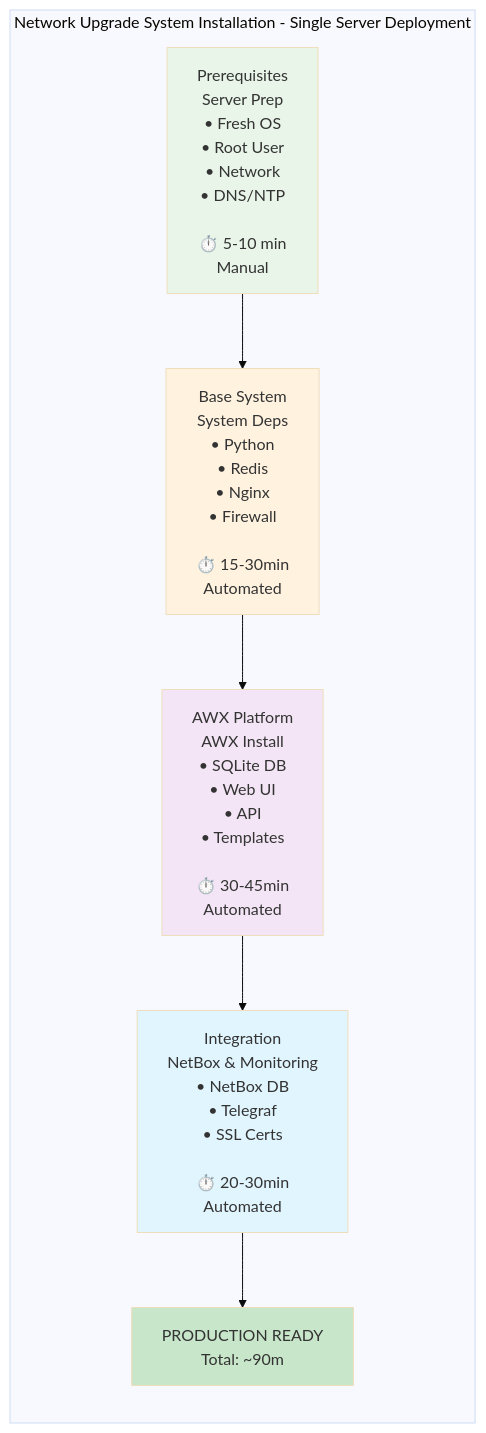
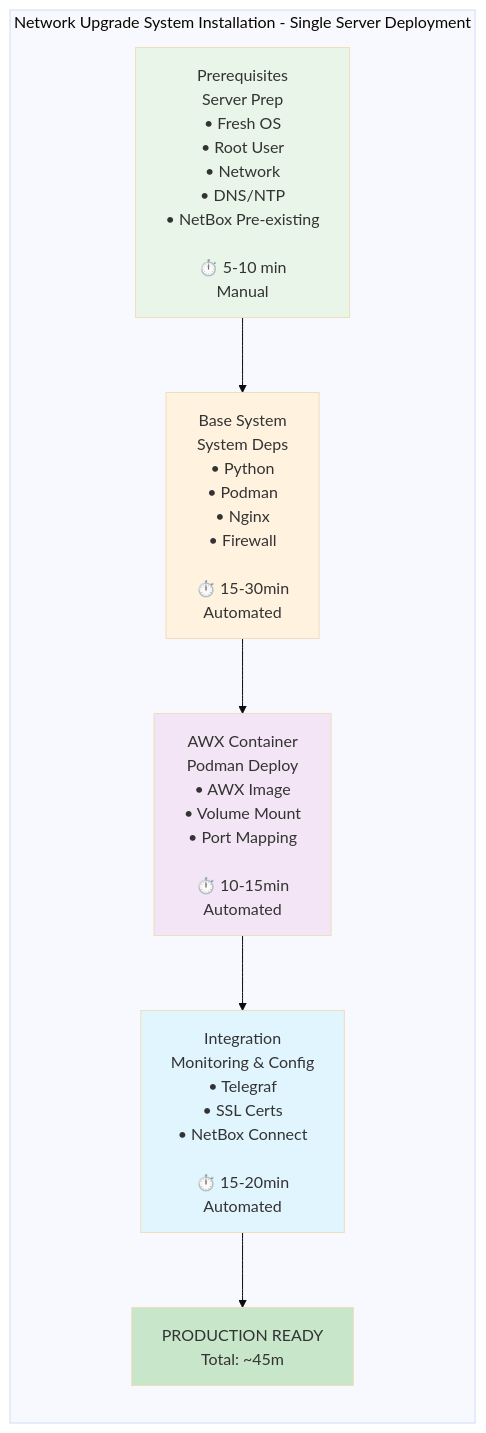
The diagram in docs/installation-guide.md (garryshtern/network-device-upgrade-system), drawn with Mermaid (base theme) before and after one commit. The commit also changed other lines of this file and 15 other files, not shown here.

````diff
--- a/docs/installation-guide.md
+++ b/docs/installation-guide.md
@@ -41,18 +41,18 @@
 ```mermaid
 graph LR
     subgraph "Network Upgrade System Installation - Single Server Deployment"
-        A[Prerequisites<br/>Server Prep<br/>• Fresh OS<br/>• Root User<br/>• Network<br/>• DNS/NTP<br/><br/>⏱️ 5-10 min<br/>Manual] --> B[Base System<br/>System Deps<br/>• Python<br/>• Redis<br/>• Nginx<br/>• Firewall<br/><br/>⏱️ 15-30min<br/>Automated]
+        A[Prerequisites<br/>Server Prep<br/>• Fresh OS<br/>• Root User<br/>• Network<br/>• DNS/NTP<br/>• NetBox Pre-existing<br/><br/>⏱️ 5-10 min<br/>Manual] --> B[Base System<br/>System Deps<br/>• Python<br/>• Podman<br/>• Nginx<br/>• Firewall<br/><br/>⏱️ 15-30min<br/>Automated]
         
-        B --> C[AWX Platform<br/>AWX Install<br/>• SQLite DB<br/>• Web UI<br/>• API<br/>• Templates<br/><br/>⏱️ 30-45min<br/>Automated]
+        B --> C[AWX Container<br/>Podman Deploy<br/>• AWX Image<br/>• Volume Mount<br/>• Port Mapping<br/><br/>⏱️ 10-15min<br/>Automated]
         
-        C --> D[Integration<br/>NetBox & Monitoring<br/>• NetBox DB<br/>• Telegraf<br/>• SSL Certs<br/><br/>⏱️ 20-30min<br/>Automated]
+        C --> D[Integration<br/>Monitoring & Config<br/>• Telegraf<br/>• SSL Certs<br/>• NetBox Connect<br/><br/>⏱️ 15-20min<br/>Automated]
         
-        D --> E[PRODUCTION READY<br/>Total: ~90m]
+        D --> E[PRODUCTION READY<br/>Total: ~45m]
     end
     
     style A fill:#e8f5e8
     style B fill:#fff3e0
     style C fill:#f3e5f5
     style D fill:#e1f5fe
     style E fill:#c8e6c9
 ```
````
